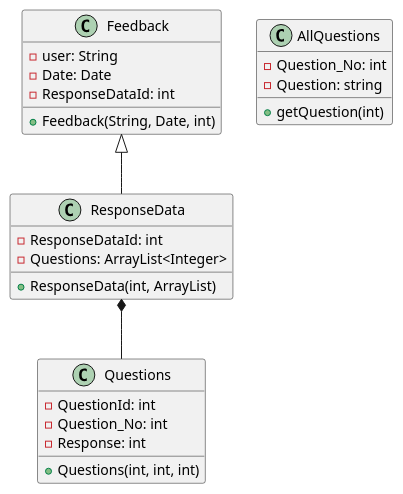
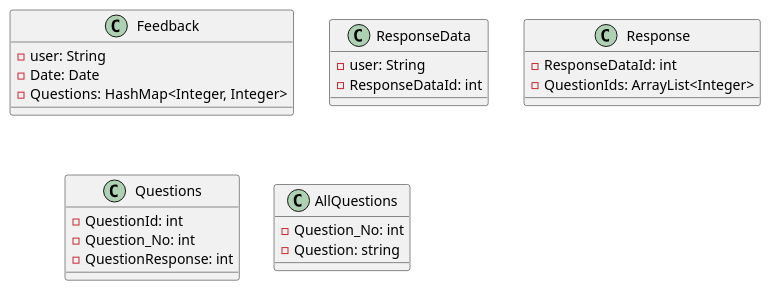
Before and after one commit to raghav19897/Feedback_DM: the diagram in src/main/java/Feedback.puml, drawn with PlantUML. The commit also changed 1 other file, not shown here.

```diff
--- a/src/main/java/Feedback.puml
+++ b/src/main/java/Feedback.puml
@@ -1,29 +1,28 @@
 @startuml
 class Feedback{
 -user: String
 -Date: Date
--ResponseDataId: int
-+Feedback(String, Date, int)
+-Questions: HashMap<Integer, Integer>
 }
 
 class ResponseData{
+-user: String
 -ResponseDataId: int
--Questions: ArrayList<Integer>
-+ResponseData(int, ArrayList)
+}
+
+class Response{
+-ResponseDataId: int
+-QuestionIds: ArrayList<Integer>
 }
 
 class Questions{
 -QuestionId: int
 -Question_No: int
--Response: int
-+Questions(int, int, int)
+-QuestionResponse: int
 }
 
 class AllQuestions{
 -Question_No: int
 -Question: string
-+getQuestion(int)
 }
-Feedback <|-- ResponseData
-ResponseData *-- Questions
 @enduml
```
